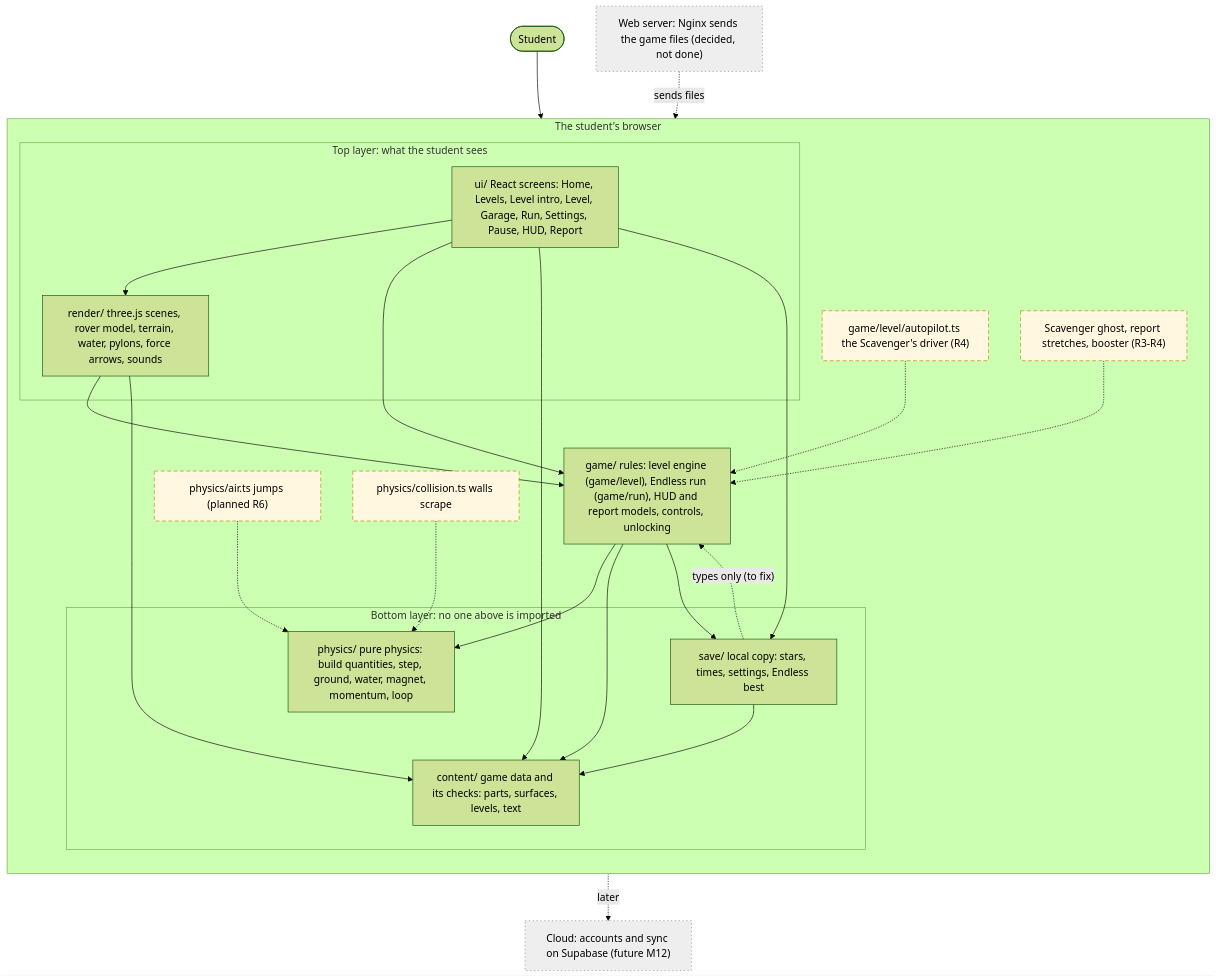
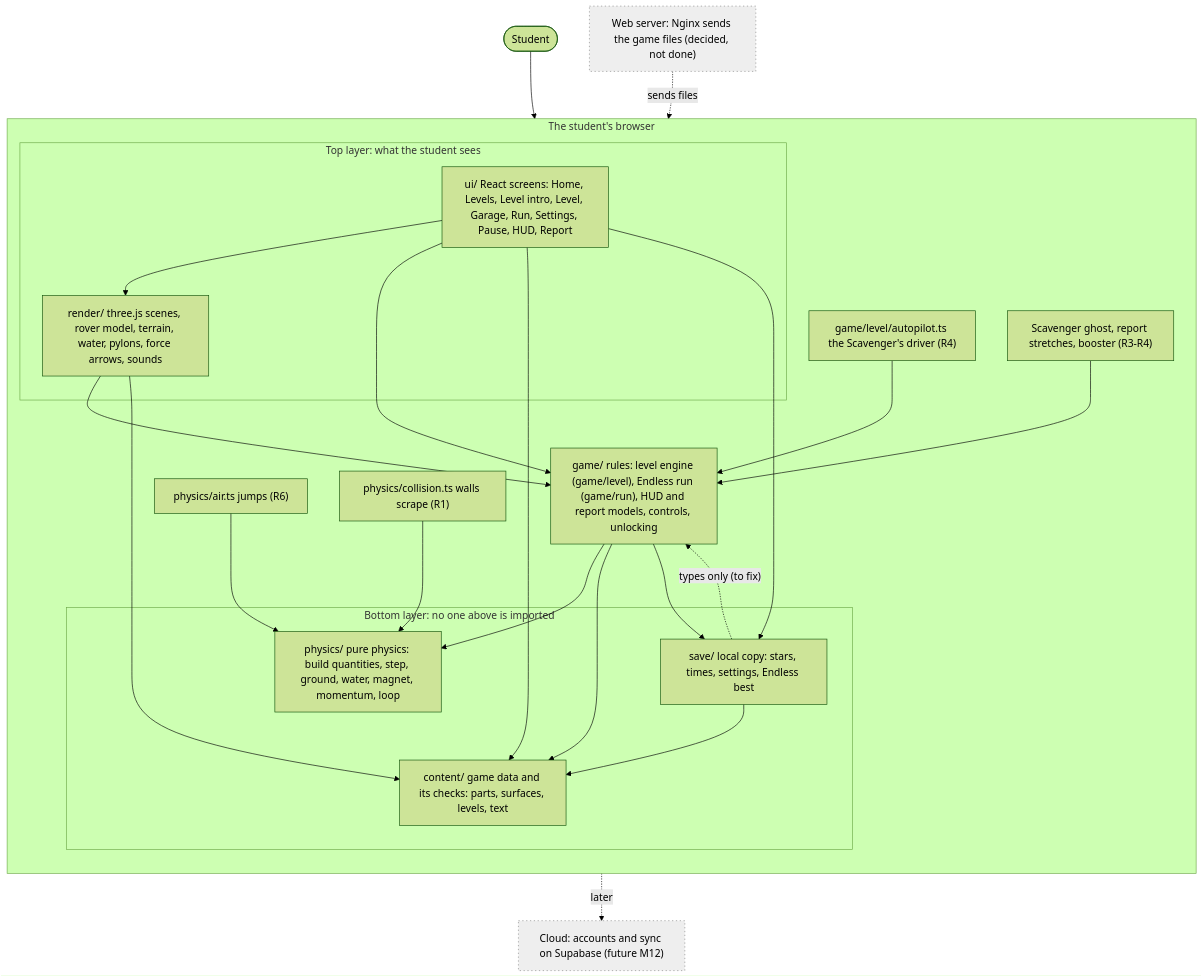
One commit to muz2k247/Rovem changed the diagram in docs/specs/v2/Architecture_v2.md. Above: the diagram before and after it, drawn with Mermaid (forest theme). The commit also changed other lines of this file and 18 other files, not shown here.

````diff
--- a/docs/specs/v2/Architecture_v2.md
+++ b/docs/specs/v2/Architecture_v2.md
@@ -27,45 +29,44 @@
 ```mermaid
 flowchart TB
   student(["Student"])
   subgraph BROWSER["The student's browser"]
     direction TB
     subgraph TOP["Top layer: what the student sees"]
       ui["ui/ React screens: Home, Levels, Level intro, Level, Garage, Run, Settings, Pause, HUD, Report"]
       render["render/ three.js scenes, rover model, terrain, water, pylons, force arrows, sounds"]
     end
     game["game/ rules: level engine (game/level), Endless run (game/run), HUD and report models, controls, unlocking"]
     subgraph BOTTOM["Bottom layer: no one above is imported"]
       physics["physics/ pure physics: build quantities, step, ground, water, magnet, momentum, loop"]
       content["content/ game data and its checks: parts, surfaces, levels, text"]
       save["save/ local copy: stars, times, settings, Endless best"]
     end
-    air["physics/air.ts jumps (planned R6)"]
-    coll["physics/collision.ts walls scrape"]
+    air["physics/air.ts jumps (R6)"]
+    coll["physics/collision.ts walls scrape (R1)"]
     auto["game/level/autopilot.ts the Scavenger's driver (R4)"]
     ghost["Scavenger ghost, report stretches, booster (R3-R4)"]
   end
   web["Web server: Nginx sends the game files (decided, not done)"]
   cloud["Cloud: accounts and sync on Supabase (future M12)"]
   student --> ui
   ui --> render
   ui --> game
   render --> game
   game --> physics
   game --> content
   game --> save
   render --> content
   ui --> content
   ui --> save
   save --> content
   save -. "types only (to fix)" .-> game
-  air -.-> physics
-  coll -.-> physics
-  auto -.-> game
-  ghost -.-> game
+  air --> physics
+  coll --> physics
+  auto --> game
+  ghost --> game
   web -. "sends files" .-> BROWSER
   save -. "later" .-> cloud
   classDef planned stroke-dasharray: 6 4,fill:#fff7e0,stroke:#b8860b
   classDef future stroke-dasharray: 2 4,fill:#eeeeee,stroke:#888888
-  class air,coll,auto,ghost planned
   class cloud,web future
 ```
````
